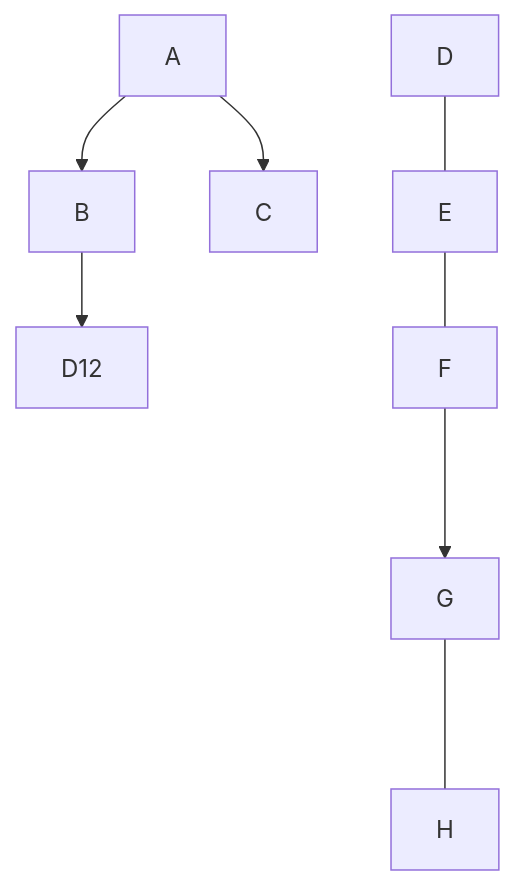
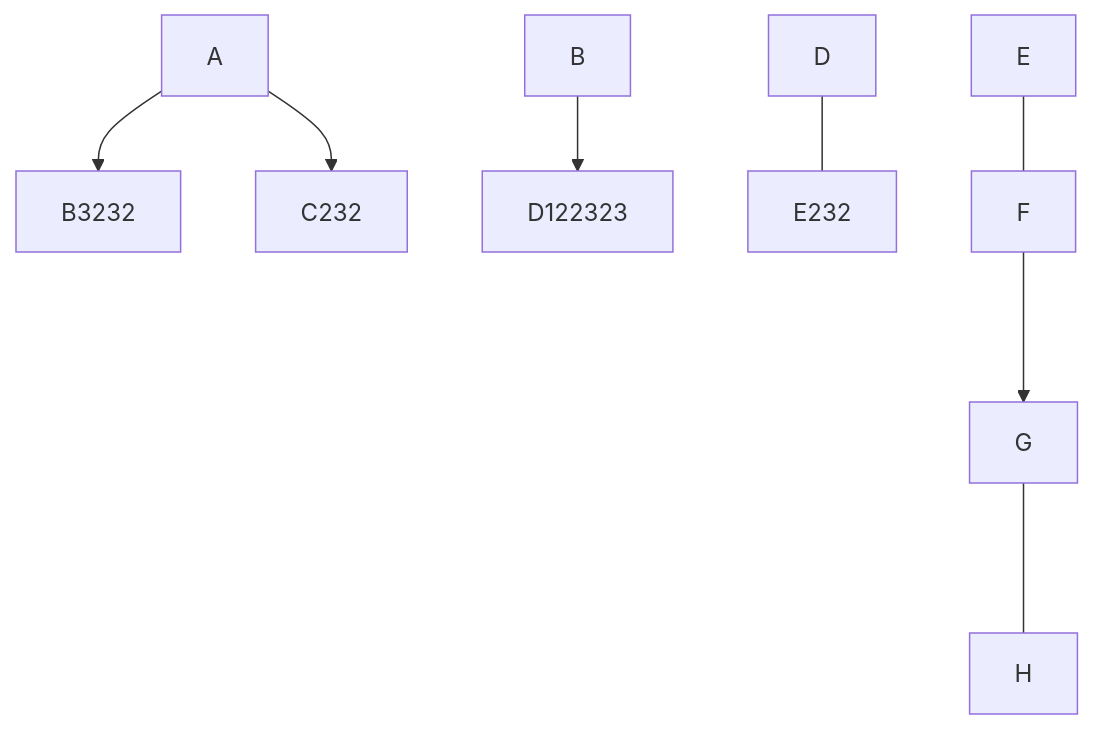
One commit to misterkrull/GitWhippingBoy changed the first of 2 diagrams in README.md. Above: the diagram before and after it, drawn with Mermaid. The commit also changed other lines of this file, not shown here.

Commit message:
Commit with future conflict

````diff
--- a/README.md
+++ b/README.md
@@ -1,11 +1,11 @@
 ```mermaid
   graph TB;
-      A-->B;
-      A-->C;
-      B-->D12;
+      A-->B3232;
+      A-->C232;
+      B-->D122323;
       
-      D---E
+      D---E232
       E---F;
       F--->G;
       G----H;
 ```
````
